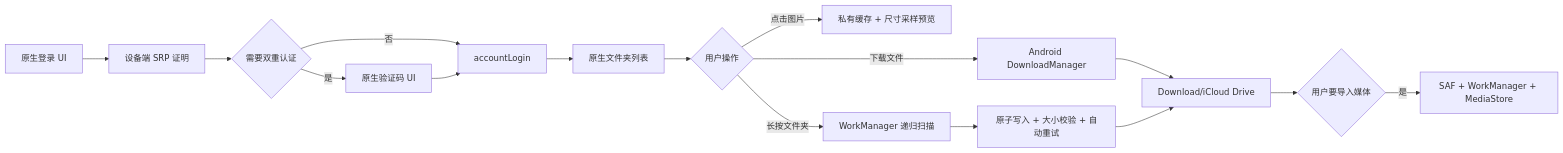
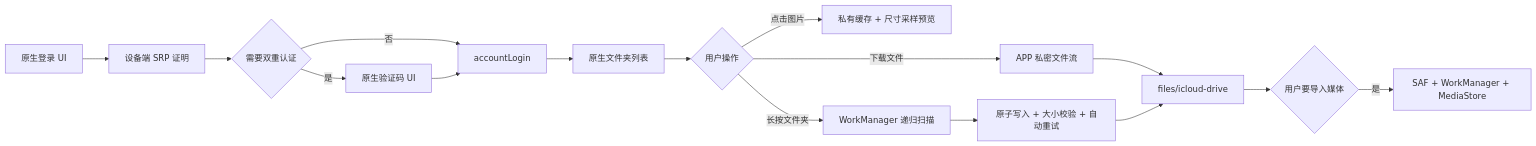
Before and after one commit to Faker1024/icloud-sync: the diagram in docs/DEVELOPMENT.md, drawn with Mermaid. The commit also changed other lines of this file and 22 other files, not shown here.

````diff
--- a/docs/DEVELOPMENT.md
+++ b/docs/DEVELOPMENT.md
@@ -36,18 +36,18 @@
 ```mermaid
 flowchart LR
     A[原生登录 UI] --> B[设备端 SRP 证明]
     B --> C{需要双重认证}
     C -->|是| D[原生验证码 UI]
     C -->|否| E[accountLogin]
     D --> E
     E --> F[原生文件夹列表]
     F --> G{用户操作}
     G -->|点击图片| H[私有缓存 + 尺寸采样预览]
-    G -->|下载文件| I[Android DownloadManager]
+    G -->|下载文件| I[APP 私密文件流]
     G -->|长按文件夹| J[WorkManager 递归扫描]
     J --> K[原子写入 + 大小校验 + 自动重试]
-    I --> L[Download/iCloud Drive]
+    I --> L[files/icloud-drive]
     K --> L
     L --> M{用户要导入媒体}
     M -->|是| N[SAF + WorkManager + MediaStore]
 ```
````
